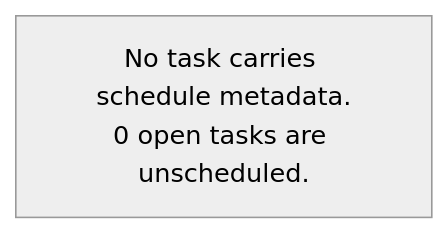
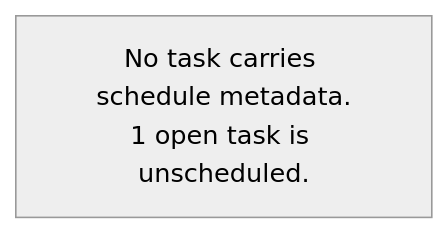
One commit to qomero/prokron changed the diagram in .prokron/gantt.mmd. Above: the diagram before and after it, drawn with Mermaid (neutral theme). The commit also changed 13 other files, not shown here.

```diff
--- a/.prokron/gantt.mmd
+++ b/.prokron/gantt.mmd
@@ -1,2 +1,2 @@
 flowchart LR
-    none["No task carries schedule metadata.<br/>0 open tasks are unscheduled."]
+    none["No task carries schedule metadata.<br/>1 open task is unscheduled."]
```
